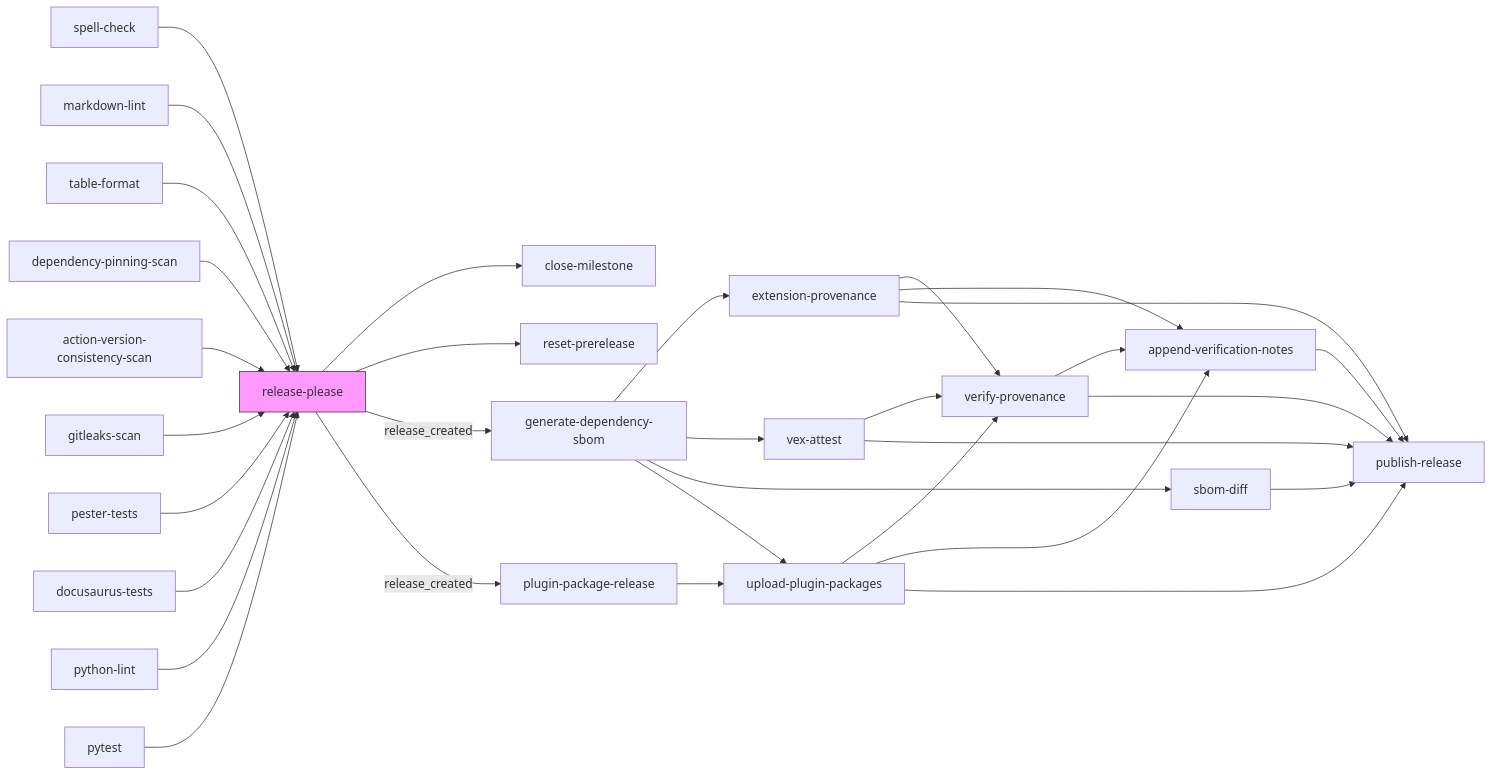
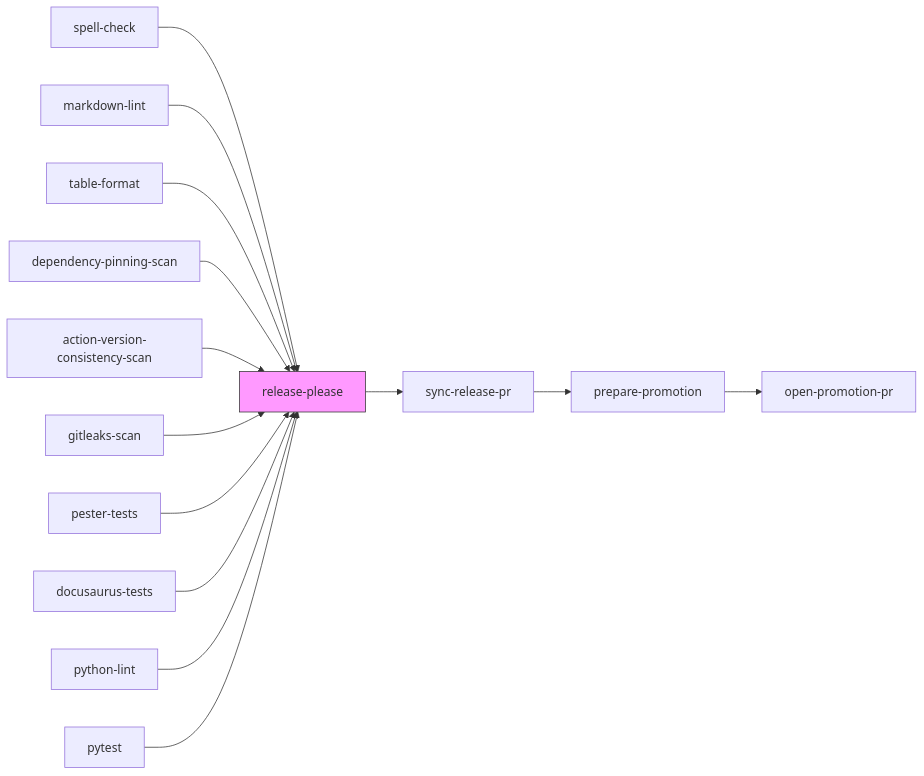
Before and after one commit to microsoft/hve-core: the third of 4 diagrams in docs/architecture/workflows.md, drawn with Mermaid. The commit also changed other lines of this file and 134 other files, not shown here.

````diff
--- a/docs/architecture/workflows.md
+++ b/docs/architecture/workflows.md
@@ -186,35 +192,17 @@
 ```mermaid
 flowchart LR
     V1[spell-check] --> RP[release-please]
     V2[markdown-lint] --> RP
     V3[table-format] --> RP
     V4[dependency-pinning-scan] --> RP
     V5[action-version-consistency-scan] --> RP
     V6[gitleaks-scan] --> RP
     V7[pester-tests] --> RP
     V8[docusaurus-tests] --> RP
     V9[python-lint] --> RP
     V10[pytest] --> RP
-    RP --> CM[close-milestone]
-    RP --> RST[reset-prerelease]
-    RP -->|release_created| SBOM[generate-dependency-sbom]
-    RP -->|release_created| PPR[plugin-package-release]
-    SBOM --> EP[extension-provenance]
-    SBOM --> VX[vex-attest]
-    SBOM --> SD[sbom-diff]
-    PPR --> UPP[upload-plugin-packages]
-    SBOM --> UPP
-    EP --> VP[verify-provenance]
-    UPP --> VP
-    VX --> VP
-    VP --> AVN[append-verification-notes]
-    EP --> AVN
-    UPP --> AVN
-    EP --> PUB[publish-release]
-    UPP --> PUB
-    VX --> PUB
-    VP --> PUB
-    SD --> PUB
-    AVN --> PUB
+    RP --> SYNC[sync-release-pr]
+    SYNC --> PREP[prepare-promotion]
+    PREP --> PR[open-promotion-pr]
     style RP fill:#f9f,stroke:#333
 ```
````
